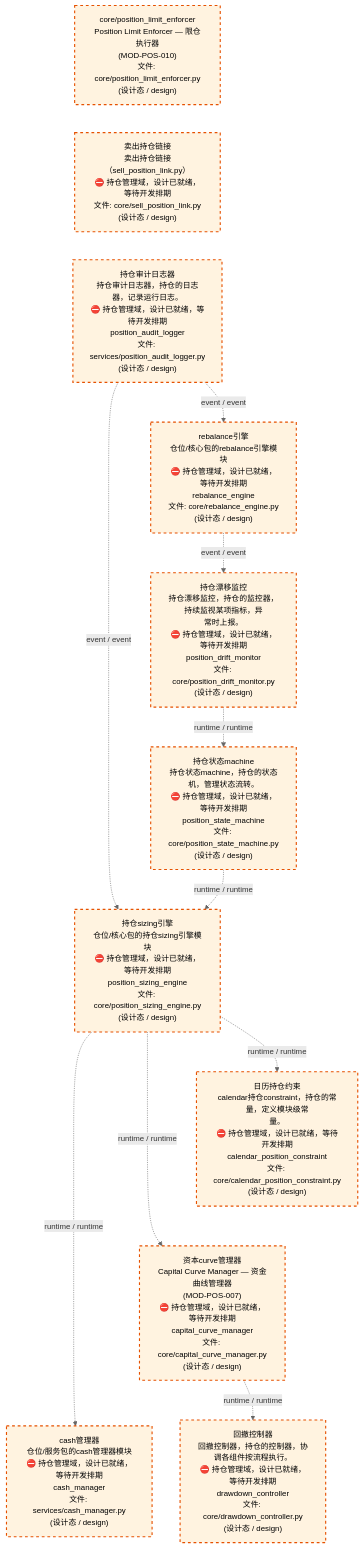
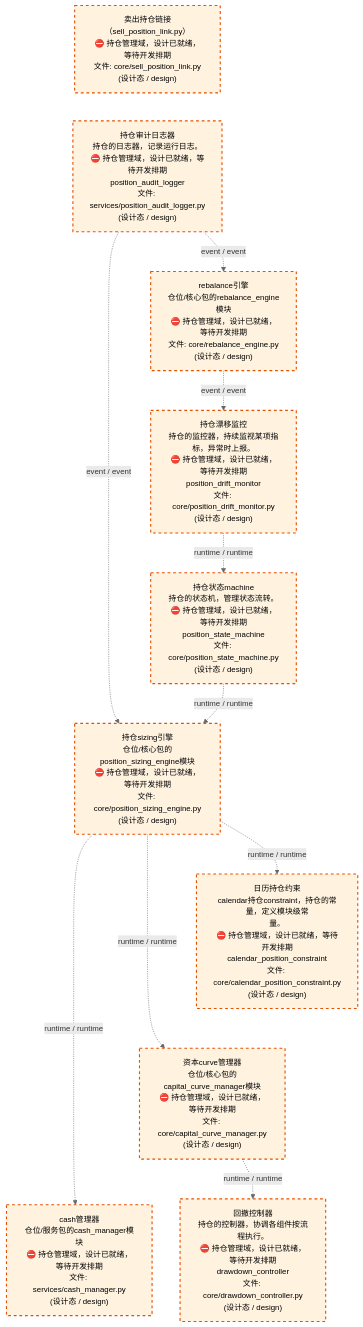
Before and after one commit to xuanFelixVan/ZephyrAlpha: the third of 4 diagrams in docs/02_enterprise_architecture/02_domain_architecture_docs/64_d_position.md, drawn with Mermaid. The commit also changed other lines of this file and 61 other files, not shown here.

````diff
--- a/docs/02_enterprise_architecture/02_domain_architecture_docs/64_d_position.md
+++ b/docs/02_enterprise_architecture/02_domain_architecture_docs/64_d_position.md
@@ -125,33 +127,31 @@
 ```mermaid
 %%{init: {'theme': 'base', 'themeVariables': {'primaryColor': '#eaeaea', 'primaryTextColor': '#333333', 'primaryBorderColor': '#666666', 'lineColor': '#666666', 'secondaryColor': '#eaeaea', 'tertiaryColor': '#eaeaea', 'fontSize': '14px'}}}%%
 flowchart TD
-    src_zephyr_position_core_position_limit_enforcer_py["core/position_limit_enforcer<br/>Position Limit Enforcer — 限仓执行器<br/>(MOD-POS-010)<br/>文件: core/position_limit_enforcer.py<br/>(设计态 / design)"]
-    src_zephyr_position_core_sell_position_link_py["卖出持仓链接<br/>卖出持仓链接（sell_position_link.py）<br/>⛔ 持仓管理域，设计已就绪，等待开发排期<br/>文件: core/sell_position_link.py<br/>(设计态 / design)"]
-    src_zephyr_position_services_position_audit_logger_py["持仓审计日志器<br/>持仓审计日志器，持仓的日志器，记录运行日志。<br/>⛔ 持仓管理域，设计已就绪，等待开发排期<br/>position_audit_logger<br/>文件: services/position_audit_logger.py<br/>(设计态 / design)"]
-    src_zephyr_position_core_position_limit_enforcer_py ~~~ src_zephyr_position_core_sell_position_link_py
+    src_zephyr_position_core_sell_position_link_py["卖出持仓链接<br/>（sell_position_link.py）<br/>⛔ 持仓管理域，设计已就绪，等待开发排期<br/>文件: core/sell_position_link.py<br/>(设计态 / design)"]
+    src_zephyr_position_services_position_audit_logger_py["持仓审计日志器<br/>持仓的日志器，记录运行日志。<br/>⛔ 持仓管理域，设计已就绪，等待开发排期<br/>position_audit_logger<br/>文件: services/position_audit_logger.py<br/>(设计态 / design)"]
     src_zephyr_position_core_sell_position_link_py ~~~ src_zephyr_position_services_position_audit_logger_py
-    src_zephyr_position_core_rebalance_engine_py["rebalance引擎<br/>仓位/核心包的rebalance引擎模块<br/>⛔ 持仓管理域，设计已就绪，等待开发排期<br/>rebalance_engine<br/>文件: core/rebalance_engine.py<br/>(设计态 / design)"]
-    src_zephyr_position_core_position_drift_monitor_py["持仓漂移监控<br/>持仓漂移监控，持仓的监控器，持续监视某项指标，异<br/>常时上报。<br/>⛔ 持仓管理域，设计已就绪，等待开发排期<br/>position_drift_monitor<br/>文件: core/position_drift_monitor.py<br/>(设计态 / design)"]
-    src_zephyr_position_core_position_state_machine_py["持仓状态machine<br/>持仓状态machine，持仓的状态机，管理状态流转。<br/>⛔ 持仓管理域，设计已就绪，等待开发排期<br/>position_state_machine<br/>文件: core/position_state_machine.py<br/>(设计态 / design)"]
-    src_zephyr_position_core_position_sizing_engine_py["持仓sizing引擎<br/>仓位/核心包的持仓sizing引擎模块<br/>⛔ 持仓管理域，设计已就绪，等待开发排期<br/>position_sizing_engine<br/>文件: core/position_sizing_engine.py<br/>(设计态 / design)"]
+    src_zephyr_position_core_rebalance_engine_py["rebalance引擎<br/>仓位/核心包的rebalance_engine模块<br/>⛔ 持仓管理域，设计已就绪，等待开发排期<br/>文件: core/rebalance_engine.py<br/>(设计态 / design)"]
+    src_zephyr_position_core_position_drift_monitor_py["持仓漂移监控<br/>持仓的监控器，持续监视某项指标，异常时上报。<br/>⛔ 持仓管理域，设计已就绪，等待开发排期<br/>position_drift_monitor<br/>文件: core/position_drift_monitor.py<br/>(设计态 / design)"]
+    src_zephyr_position_core_position_state_machine_py["持仓状态machine<br/>持仓的状态机，管理状态流转。<br/>⛔ 持仓管理域，设计已就绪，等待开发排期<br/>position_state_machine<br/>文件: core/position_state_machine.py<br/>(设计态 / design)"]
+    src_zephyr_position_core_position_sizing_engine_py["持仓sizing引擎<br/>仓位/核心包的position_sizing_engine模块<br/>⛔ 持仓管理域，设计已就绪，等待开发排期<br/>文件: core/position_sizing_engine.py<br/>(设计态 / design)"]
     src_zephyr_position_core_calendar_position_constraint_py["日历持仓约束<br/>calendar持仓constraint，持仓的常量，定义模块级常<br/>量。<br/>⛔ 持仓管理域，设计已就绪，等待开发排期<br/>calendar_position_constraint<br/>文件: core/calendar_position_constraint.py<br/>(设计态 / design)"]
-    src_zephyr_position_core_capital_curve_manager_py["资本curve管理器<br/>Capital Curve Manager — 资金曲线管理器<br/>(MOD-POS-007)<br/>⛔ 持仓管理域，设计已就绪，等待开发排期<br/>capital_curve_manager<br/>文件: core/capital_curve_manager.py<br/>(设计态 / design)"]
-    src_zephyr_position_services_cash_manager_py["cash管理器<br/>仓位/服务包的cash管理器模块<br/>⛔ 持仓管理域，设计已就绪，等待开发排期<br/>cash_manager<br/>文件: services/cash_manager.py<br/>(设计态 / design)"]
+    src_zephyr_position_core_capital_curve_manager_py["资本curve管理器<br/>仓位/核心包的capital_curve_manager模块<br/>⛔ 持仓管理域，设计已就绪，等待开发排期<br/>文件: core/capital_curve_manager.py<br/>(设计态 / design)"]
+    src_zephyr_position_services_cash_manager_py["cash管理器<br/>仓位/服务包的cash_manager模块<br/>⛔ 持仓管理域，设计已就绪，等待开发排期<br/>文件: services/cash_manager.py<br/>(设计态 / design)"]
     src_zephyr_position_core_calendar_position_constraint_py ~~~ src_zephyr_position_core_capital_curve_manager_py
     src_zephyr_position_core_capital_curve_manager_py ~~~ src_zephyr_position_services_cash_manager_py
-    src_zephyr_position_core_drawdown_controller_py["回撤控制器<br/>回撤控制器，持仓的控制器，协调各组件按流程执行。<br/>⛔ 持仓管理域，设计已就绪，等待开发排期<br/>drawdown_controller<br/>文件: core/drawdown_controller.py<br/>(设计态 / design)"]
+    src_zephyr_position_core_drawdown_controller_py["回撤控制器<br/>持仓的控制器，协调各组件按流程执行。<br/>⛔ 持仓管理域，设计已就绪，等待开发排期<br/>drawdown_controller<br/>文件: core/drawdown_controller.py<br/>(设计态 / design)"]
     src_zephyr_position_core_position_sizing_engine_py -.->|runtime / runtime| src_zephyr_position_services_cash_manager_py
     src_zephyr_position_core_position_sizing_engine_py -.->|runtime / runtime| src_zephyr_position_core_capital_curve_manager_py
     src_zephyr_position_core_position_sizing_engine_py -.->|runtime / runtime| src_zephyr_position_core_calendar_position_constraint_py
     src_zephyr_position_core_position_state_machine_py -.->|runtime / runtime| src_zephyr_position_core_position_sizing_engine_py
     src_zephyr_position_core_position_drift_monitor_py -.->|runtime / runtime| src_zephyr_position_core_position_state_machine_py
     src_zephyr_position_core_rebalance_engine_py -.->|event / event| src_zephyr_position_core_position_drift_monitor_py
     src_zephyr_position_core_capital_curve_manager_py -.->|runtime / runtime| src_zephyr_position_core_drawdown_controller_py
     src_zephyr_position_services_position_audit_logger_py -.->|event / event| src_zephyr_position_core_position_sizing_engine_py
     src_zephyr_position_services_position_audit_logger_py -.->|event / event| src_zephyr_position_core_rebalance_engine_py
     classDef production fill:#e1f5fe,stroke:#01579b,stroke-width:2px,color:#000
     classDef design fill:#fff3e0,stroke:#e65100,stroke-width:2px,color:#000,stroke-dasharray: 5 5
     classDef external_prod fill:#e8f4fd,stroke:#0277bd,stroke-width:1px,color:#000
     classDef external_design fill:#fff8e7,stroke:#ef6c00,stroke-width:1px,color:#000,stroke-dasharray: 5 5
-    class src_zephyr_position_core_calendar_position_constraint_py,src_zephyr_position_core_capital_curve_manager_py,src_zephyr_position_core_drawdown_controller_py,src_zephyr_position_core_position_drift_monitor_py,src_zephyr_position_core_position_limit_enforcer_py,src_zephyr_position_core_position_sizing_engine_py,src_zephyr_position_core_position_state_machine_py,src_zephyr_position_core_rebalance_engine_py,src_zephyr_position_core_sell_position_link_py,src_zephyr_position_services_cash_manager_py,src_zephyr_position_services_position_audit_logger_py design
+    class src_zephyr_position_core_calendar_position_constraint_py,src_zephyr_position_core_capital_curve_manager_py,src_zephyr_position_core_drawdown_controller_py,src_zephyr_position_core_position_drift_monitor_py,src_zephyr_position_core_position_sizing_engine_py,src_zephyr_position_core_position_state_machine_py,src_zephyr_position_core_rebalance_engine_py,src_zephyr_position_core_sell_position_link_py,src_zephyr_position_services_cash_manager_py,src_zephyr_position_services_position_audit_logger_py design
 ```
````
